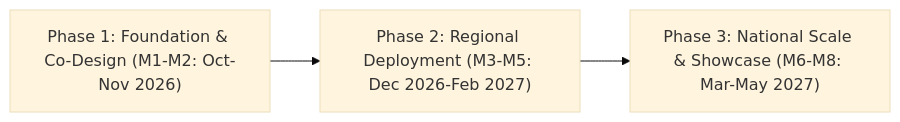
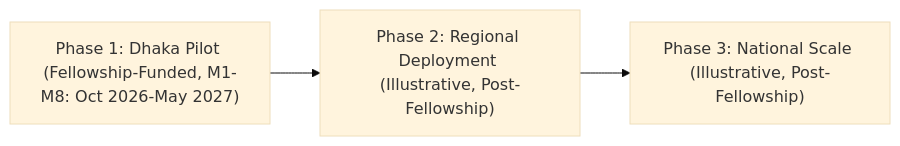
One commit to the-abraar/Protiti changed the second of 3 diagrams in pitch_materials/eight_divisions_rollout.md. Above: the diagram before and after it, drawn with Mermaid (base theme). The commit also changed other lines of this file and 8 other files, not shown here.

````diff
--- a/pitch_materials/eight_divisions_rollout.md
+++ b/pitch_materials/eight_divisions_rollout.md
@@ -46,5 +65,5 @@
 ```mermaid
 flowchart LR
-    P1["Phase 1: Foundation & Co-Design (M1-M2: Oct-Nov 2026)"] --> P2["Phase 2: Regional Deployment (M3-M5: Dec 2026-Feb 2027)"]
-    P2 --> P3["Phase 3: National Scale & Showcase (M6-M8: Mar-May 2027)"]
+    P1["Phase 1: Dhaka Pilot (Fellowship-Funded, M1-M8: Oct 2026-May 2027)"] --> P2["Phase 2: Regional Deployment (Illustrative, Post-Fellowship)"]
+    P2 --> P3["Phase 3: National Scale (Illustrative, Post-Fellowship)"]
 ```
````
